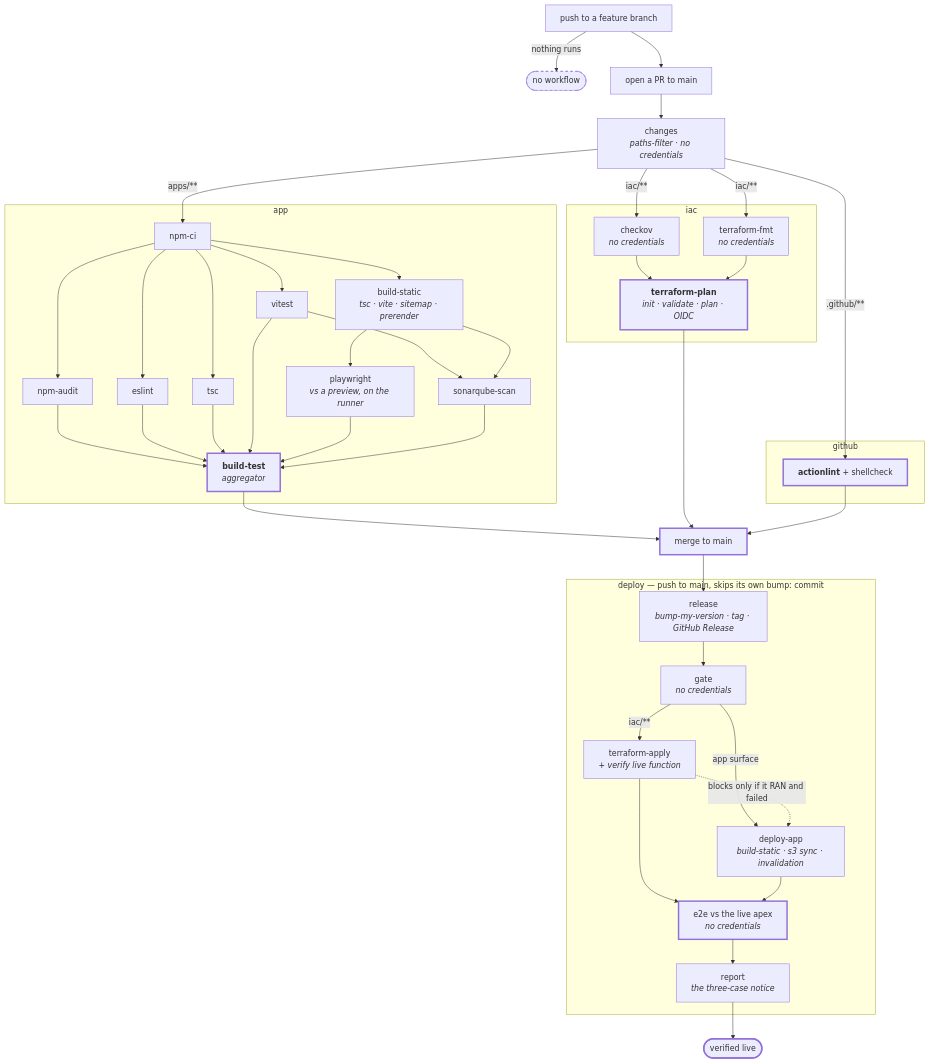
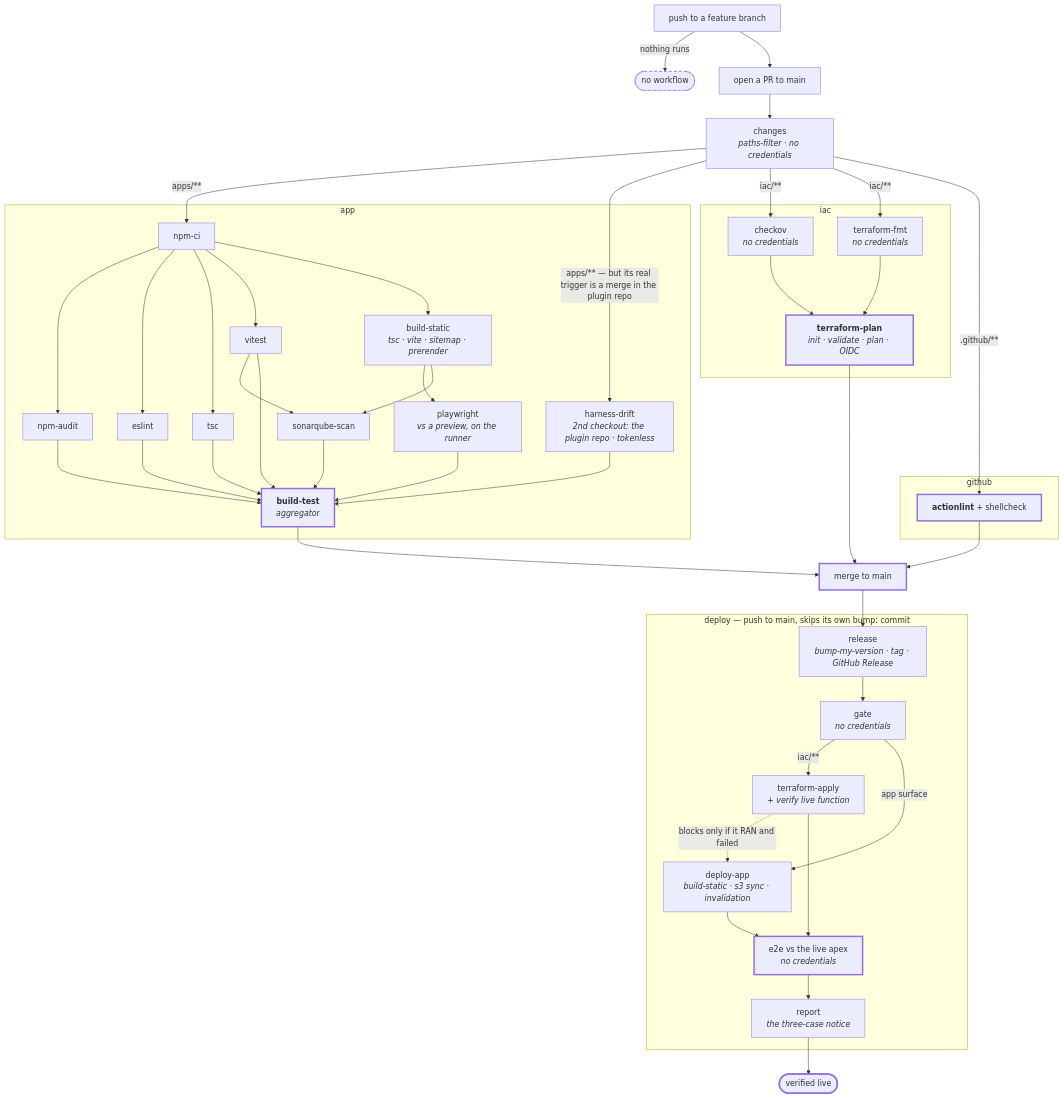
One commit to tedeuxx/tadeumendonca-io changed the diagram in .github/workflows/README.md. Above: the diagram before and after it, drawn with Mermaid. The commit also changed other lines of this file and 30 other files, not shown here.

````diff
--- a/.github/workflows/README.md
+++ b/.github/workflows/README.md
@@ -14,67 +14,70 @@
 ```mermaid
 flowchart TD
     A["push to a feature branch"] -->|"nothing runs"| A2(["no workflow"])
     A --> B["open a PR to main"]
 
     B --> CH["changes<br/><i>paths-filter · no credentials</i>"]
 
     subgraph appwf["app"]
         NC["npm-ci"]
         NC --> NA["npm-audit"]
         NC --> ES["eslint"]
         NC --> TS["tsc"]
         NC --> VI["vitest"]
         NC --> BS["build-static<br/><i>tsc · vite · sitemap · prerender</i>"]
         BS --> PW["playwright<br/><i>vs a preview, on the runner</i>"]
         VI --> SQ["sonarqube-scan"]
         BS --> SQ
+        HD["harness-drift<br/><i>2nd checkout: the plugin repo · tokenless</i>"]
         NA --> GATE["<b>build-test</b><br/><i>aggregator</i>"]
         ES --> GATE
         TS --> GATE
         VI --> GATE
         PW --> GATE
+        HD --> GATE
         SQ --> GATE
     end
 
     subgraph iacwf["iac"]
         CK["checkov<br/><i>no credentials</i>"]
         TF["terraform-fmt<br/><i>no credentials</i>"]
         CK --> TP["<b>terraform-plan</b><br/><i>init · validate · plan · OIDC</i>"]
         TF --> TP
     end
 
     subgraph ghwf["github"]
         AL["<b>actionlint</b> + shellcheck"]
     end
 
     CH -->|"apps/**"| NC
+    CH -->|"apps/** — but its real trigger is a merge in the plugin repo"| HD
     CH -->|"iac/**"| CK
     CH -->|"iac/**"| TF
     CH -->|".github/**"| AL
 
     GATE --> M["merge to main"]
     TP --> M
     AL --> M
 
     subgraph deploywf["deploy — push to main, skips its own bump: commit"]
         RE["release<br/><i>bump-my-version · tag · GitHub Release</i>"]
         RE --> DG["gate<br/><i>no credentials</i>"]
         DG -->|"iac/**"| TA["terraform-apply<br/><i>+ verify live function</i>"]
         DG -->|"app surface"| DA["deploy-app<br/><i>build-static · s3 sync · invalidation</i>"]
         TA -.->|"blocks only if it RAN and failed"| DA
         TA --> E2["e2e vs the live apex<br/><i>no credentials</i>"]
         DA --> E2
         E2 --> RP["report<br/><i>the three-case notice</i>"]
     end
 
     M --> RE
     RP --> LIVE(["verified live"])
 
     style A2 stroke-dasharray: 5 5
     style GATE stroke-width:3px
     style TP stroke-width:3px
     style AL stroke-width:3px
     style M stroke-width:3px
     style LIVE stroke-width:3px
     style E2 stroke-width:3px
 ```
````
